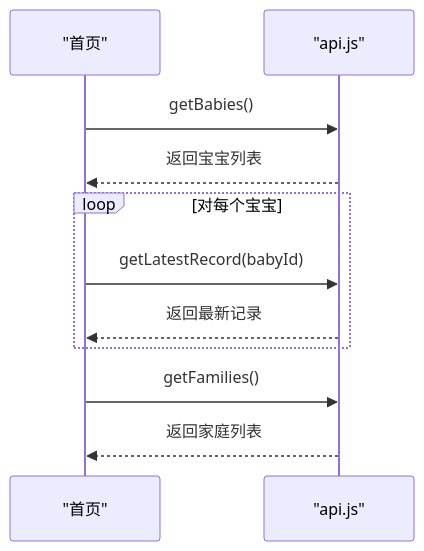
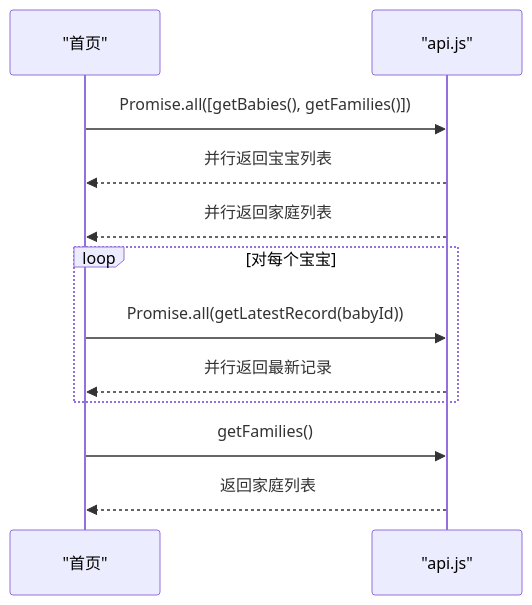
Before and after one commit to zhangxin19911211-creator/Project_BabyAssistant: the seventh of 8 diagrams in .qoder/repowiki/zh/content/性能优化/网络请求优化.md, drawn with Mermaid. The commit also changed other lines of this file and 24 other files, not shown here.

````diff
--- a/.qoder/repowiki/zh/content/性能优化/网络请求优化.md
+++ b/.qoder/repowiki/zh/content/性能优化/网络请求优化.md
@@ -199,13 +247,14 @@
 ```mermaid
 sequenceDiagram
 participant IDX as "首页"
 participant API as "api.js"
-IDX->>API : getBabies()
-API-->>IDX : 返回宝宝列表
+IDX->>API : Promise.all([getBabies(), getFamilies()])
+API-->>IDX : 并行返回宝宝列表
+API-->>IDX : 并行返回家庭列表
 loop 对每个宝宝
-IDX->>API : getLatestRecord(babyId)
-API-->>IDX : 返回最新记录
+IDX->>API : Promise.all(getLatestRecord(babyId))
+API-->>IDX : 并行返回最新记录
 end
 IDX->>API : getFamilies()
 API-->>IDX : 返回家庭列表
 ```
````
